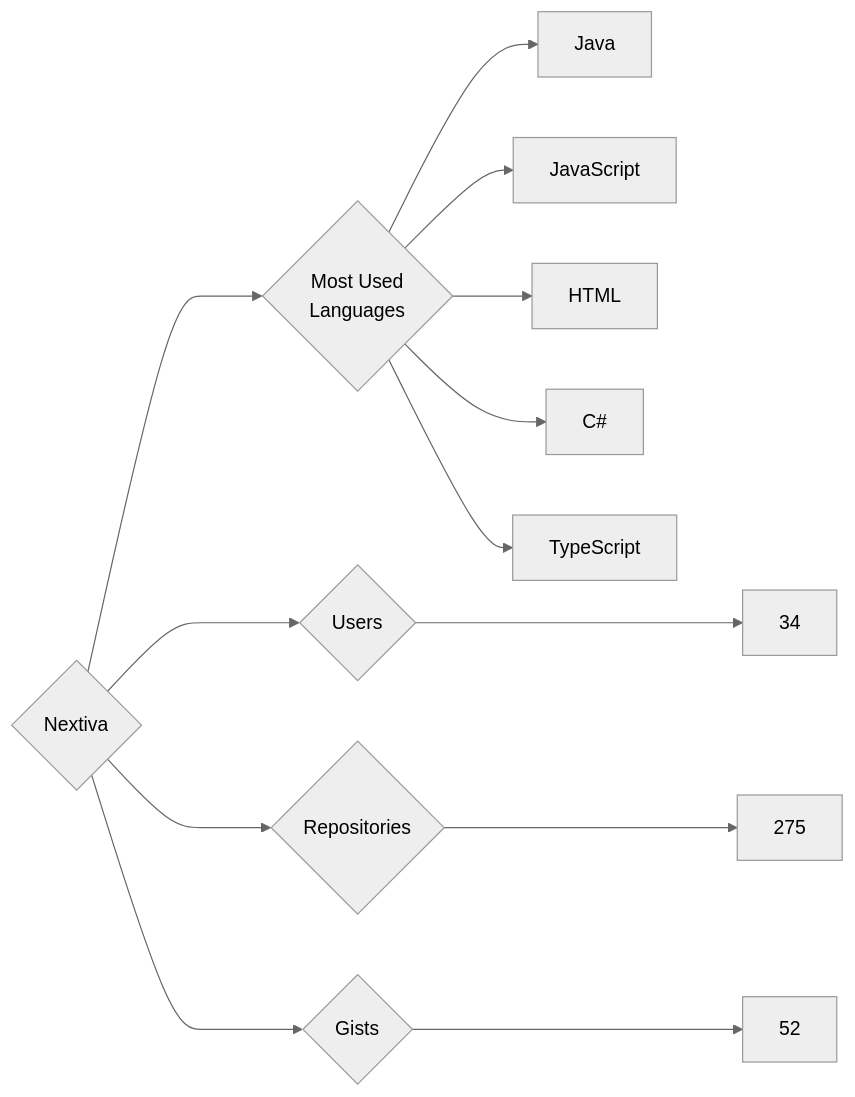
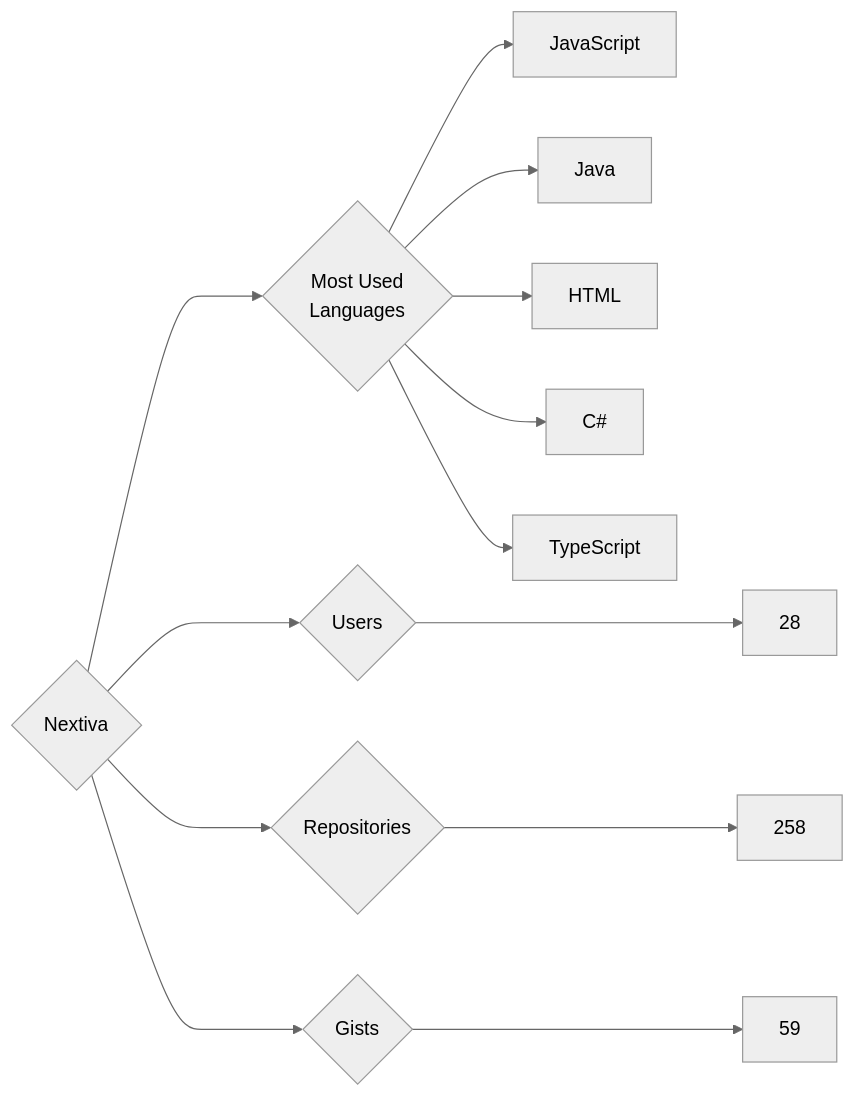
The diagram in targets/Nextiva/README.md (trickest/insiders), drawn with Mermaid (neutral theme) before and after one commit. The commit also changed 972 other files, not shown here.

````diff
--- a/targets/Nextiva/README.md
+++ b/targets/Nextiva/README.md
@@ -3,13 +3,13 @@
 ```mermaid
 graph LR
 COMPANY_NAME{Nextiva}
-COMPANY_NAME ---> U{Users} ---> UN[34]
-COMPANY_NAME ---> R{Repositories} ---> RN[275]
-COMPANY_NAME ---> G{Gists} ---> GN[52]
+COMPANY_NAME ---> U{Users} ---> UN[28]
+COMPANY_NAME ---> R{Repositories} ---> RN[258]
+COMPANY_NAME ---> G{Gists} ---> GN[59]
 COMPANY_NAME ---> ML{Most Used<br>Languages}
+ML --> JavaScript[JavaScript]
 ML --> Java[Java]
-ML --> JavaScript[JavaScript]
 ML --> HTML[HTML]
 ML --> C#[C#]
 ML --> TypeScript[TypeScript]
 ```
````
